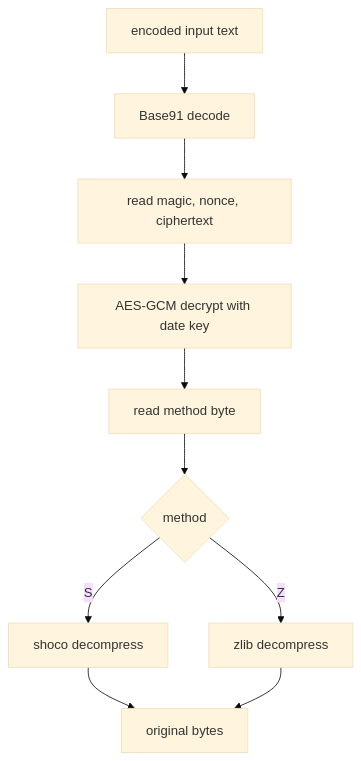
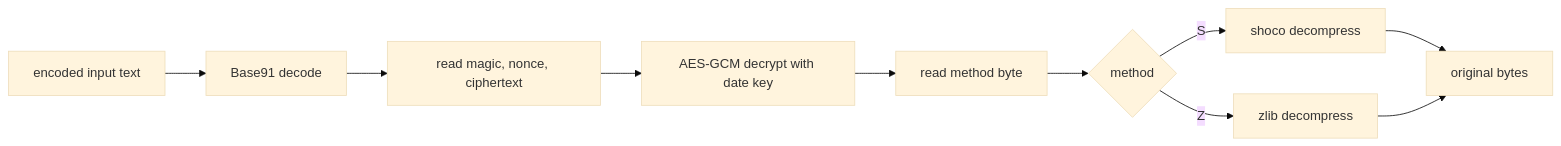
One commit to smprather/text-serdes changed the second of 2 diagrams in README.md. Above: the diagram before and after it, drawn with Mermaid (base theme). The commit also changed other lines of this file, not shown here.

Commit message:
Set README diagrams horizontal

````diff
--- a/README.md
+++ b/README.md
@@ -75,12 +79,12 @@
 ```mermaid
-flowchart TD
+flowchart LR
     J["encoded input text"] --> K["Base91 decode"]
     K --> L["read magic, nonce, ciphertext"]
     L --> M["AES-GCM decrypt with date key"]
     M --> N["read method byte"]
     N --> O{"method"}
     O -->|"S"| P["shoco decompress"]
     O -->|"Z"| Q["zlib decompress"]
     P --> R["original bytes"]
     Q --> R
 ```
````
